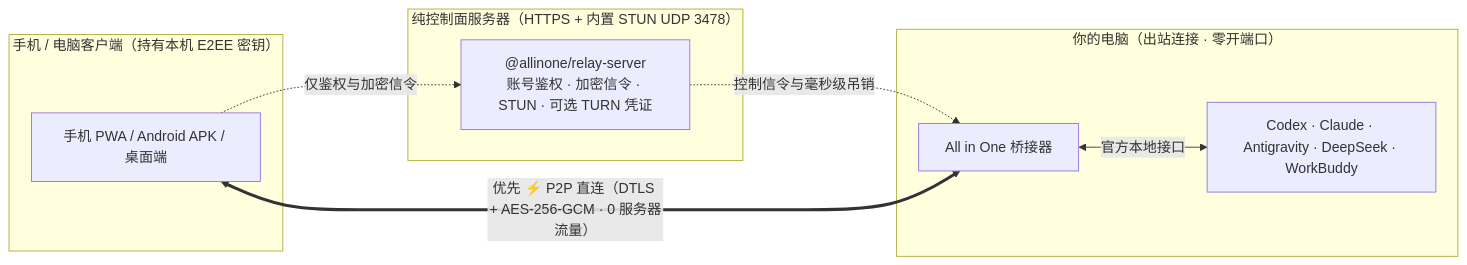
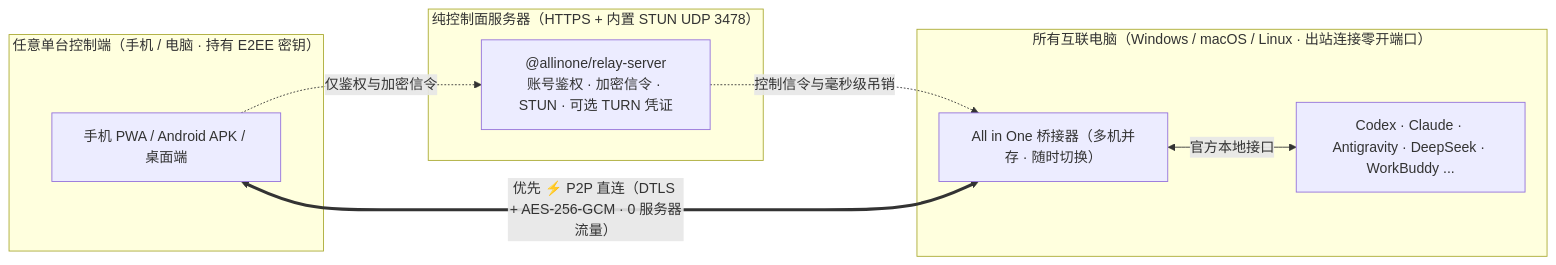
One commit to RainbowLion0320/AllinOne changed the diagram in README.md. Above: the diagram before and after it, drawn with Mermaid. The commit also changed other lines of this file and 1 other file, not shown here.

````diff
--- a/README.md
+++ b/README.md
@@ -129,20 +131,20 @@
 ```mermaid
 flowchart LR
-  subgraph Clients["手机 / 电脑客户端（持有本机 E2EE 密钥）"]
+  subgraph Clients["任意单台控制端（手机 / 电脑 · 持有 E2EE 密钥）"]
     M["手机 PWA / Android APK / 桌面端"]
   end
 
   subgraph Control["纯控制面服务器（HTTPS + 内置 STUN UDP 3478）"]
     R["@allinone/relay-server<br/>账号鉴权 · 加密信令 · STUN · 可选 TURN 凭证"]
   end
 
-  subgraph PC["你的电脑（出站连接 · 零开端口）"]
-    B["All in One 桥接器"]
-    A["Codex · Claude · Antigravity · DeepSeek · WorkBuddy"]
+  subgraph PC["所有互联电脑（Windows / macOS / Linux · 出站连接零开端口）"]
+    B["All in One 桥接器（多机并存 · 随时切换）"]
+    A["Codex · Claude · Antigravity · DeepSeek · WorkBuddy ..."]
     B <-->|"官方本地接口"| A
   end
 
   M -.->|"仅鉴权与加密信令"| R
   R -.->|"控制信令与毫秒级吊销"| B
   M <==>|"优先 ⚡ P2P 直连（DTLS + AES-256-GCM · 0 服务器流量）"| B
 ```
````
